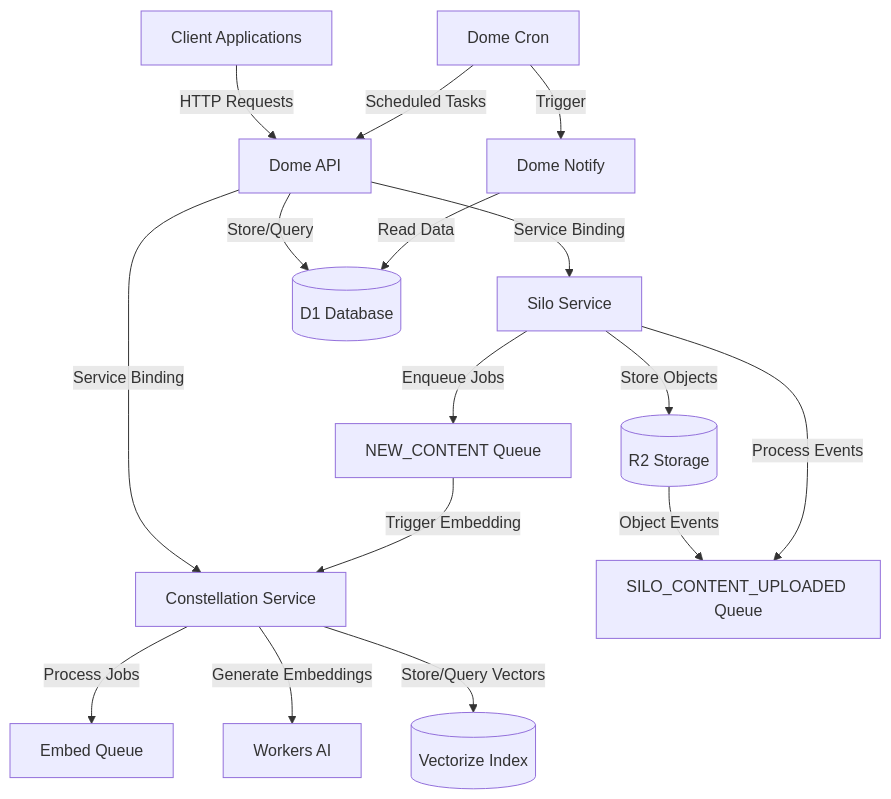
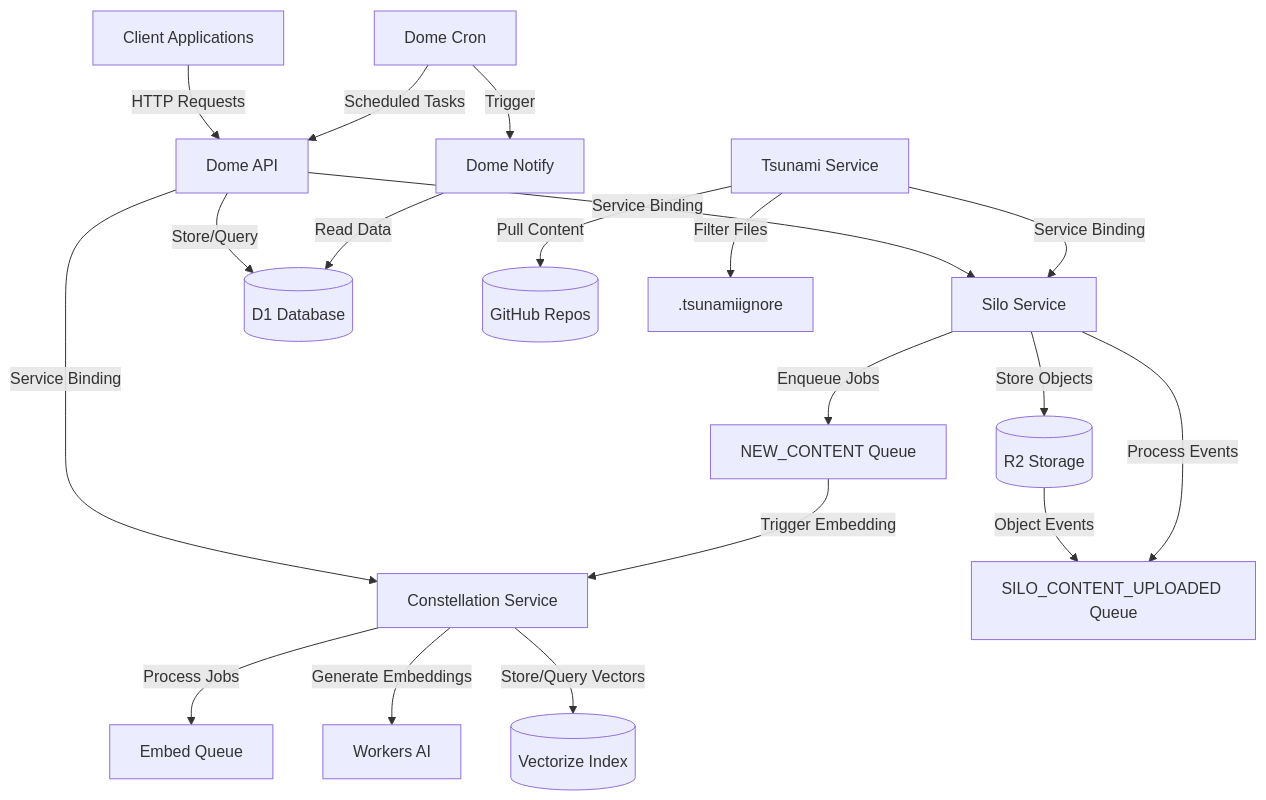
Before and after one commit to marktoda/dome: the first of 4 diagrams in README.md, drawn with Mermaid. The commit also changed other lines of this file, not shown here.

````diff
--- a/README.md
+++ b/README.md
@@ -9,23 +9,27 @@
 ```mermaid
 graph TD
     Client[Client Applications] -->|HTTP Requests| DomeAPI[Dome API]
 
     DomeAPI -->|Service Binding| Constellation[Constellation Service]
     DomeAPI -->|Service Binding| Silo[Silo Service]
     DomeAPI -->|Store/Query| D1[(D1 Database)]
 
     Silo -->|Store Objects| R2[(R2 Storage)]
     Silo -->|Enqueue Jobs| NEW_CONTENT[NEW_CONTENT Queue]
     R2 -->|Object Events| SILO_CONTENT_UPLOADED[SILO_CONTENT_UPLOADED Queue]
     Silo -->|Process Events| SILO_CONTENT_UPLOADED
 
     Constellation -->|Process Jobs| EMBED_QUEUE[Embed Queue]
     Constellation -->|Generate Embeddings| WorkersAI[Workers AI]
     Constellation -->|Store/Query Vectors| Vectorize[(Vectorize Index)]
 
     NEW_CONTENT -->|Trigger Embedding| Constellation
 
+    Tsunami[Tsunami Service] -->|Pull Content| GitHub[(GitHub Repos)]
+    Tsunami -->|Service Binding| Silo
+    Tsunami -->|Filter Files| TsunamiIgnore[.tsunamiignore]
+
     DomeCron[Dome Cron] -->|Scheduled Tasks| DomeAPI
     DomeCron -->|Trigger| DomeNotify[Dome Notify]
     DomeNotify -->|Read Data| D1
 ```
````
